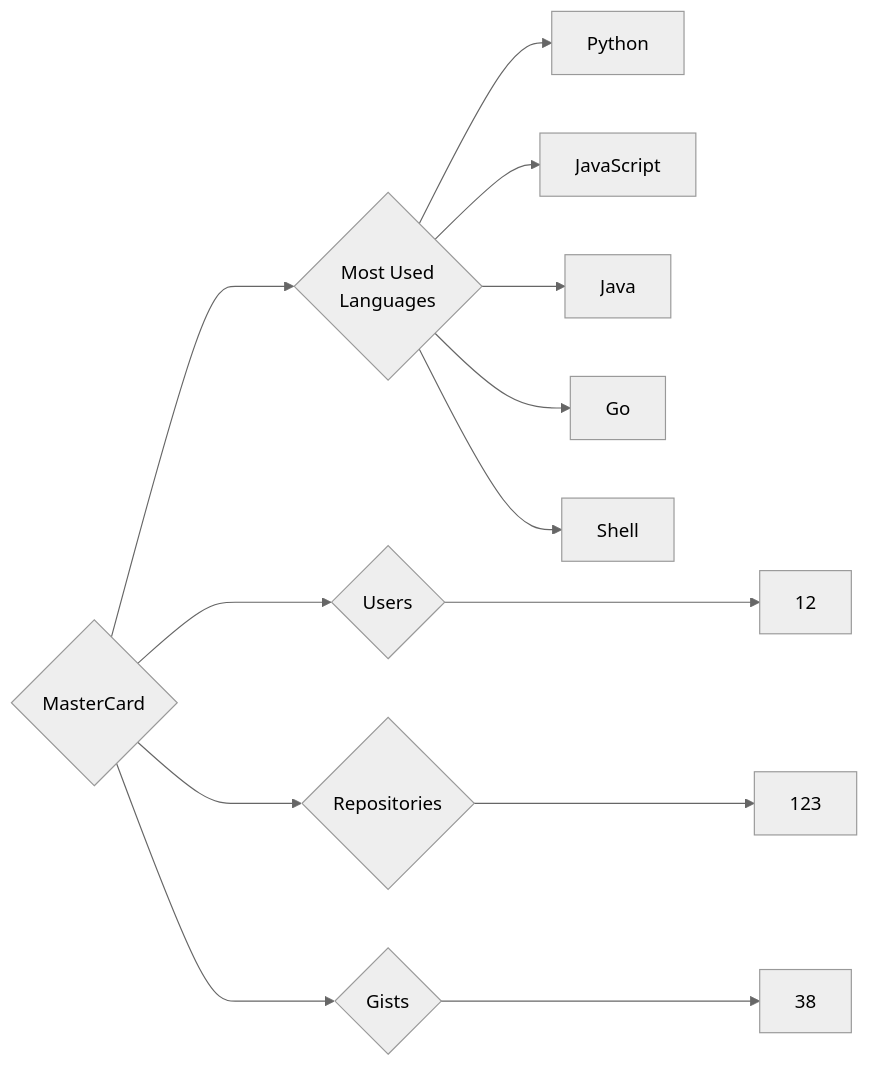
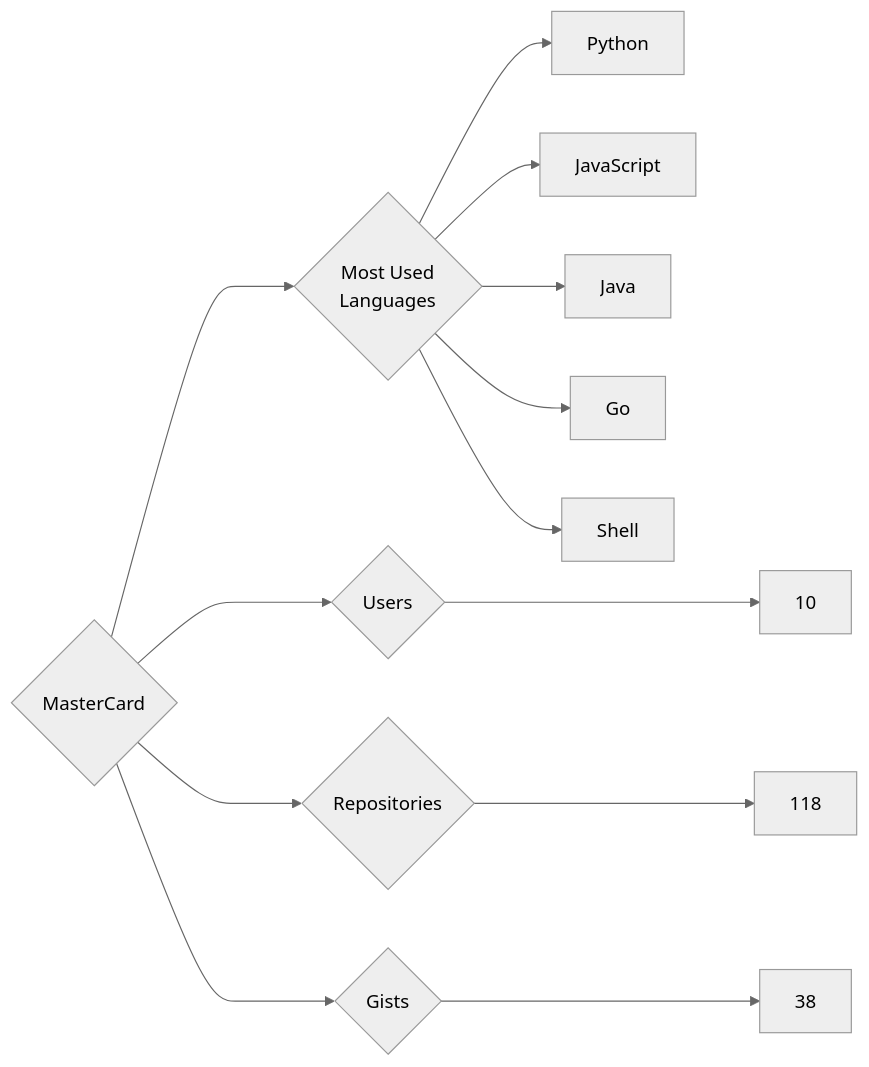
Before and after one commit to trickest/insiders: the diagram in targets/MasterCard/README.md, drawn with Mermaid (neutral theme). The commit also changed 715 other files, not shown here.

````diff
--- a/targets/MasterCard/README.md
+++ b/targets/MasterCard/README.md
@@ -3,13 +3,13 @@
 ```mermaid
 graph LR
 COMPANY_NAME{MasterCard}
-COMPANY_NAME ---> U{Users} ---> UN[12]
-COMPANY_NAME ---> R{Repositories} ---> RN[123]
+COMPANY_NAME ---> U{Users} ---> UN[10]
+COMPANY_NAME ---> R{Repositories} ---> RN[118]
 COMPANY_NAME ---> G{Gists} ---> GN[38]
 COMPANY_NAME ---> ML{Most Used<br>Languages}
 ML --> Python[Python]
 ML --> JavaScript[JavaScript]
 ML --> Java[Java]
 ML --> Go[Go]
 ML --> Shell[Shell]
 ```
````
